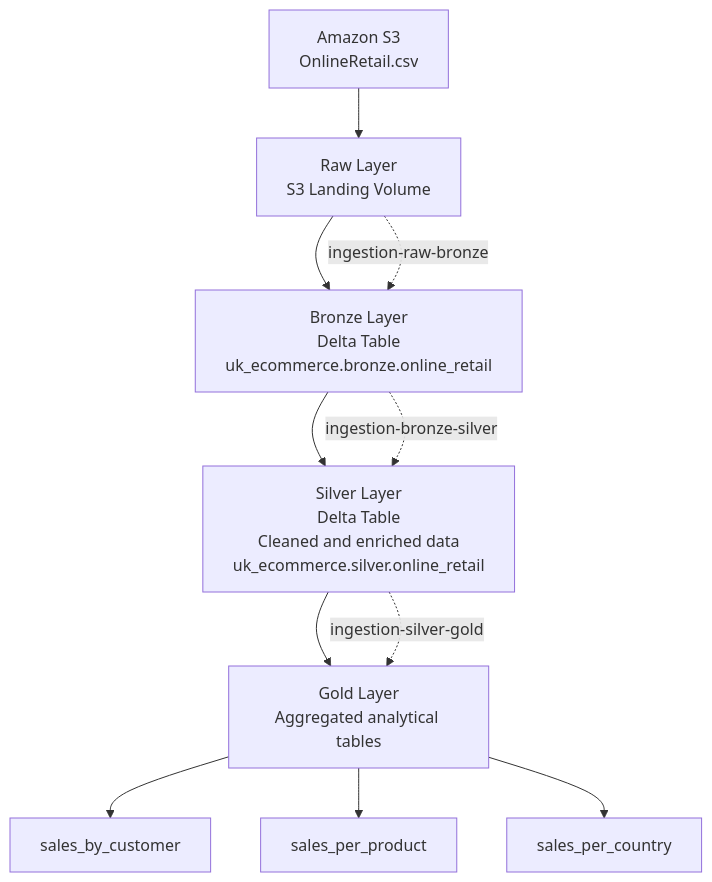
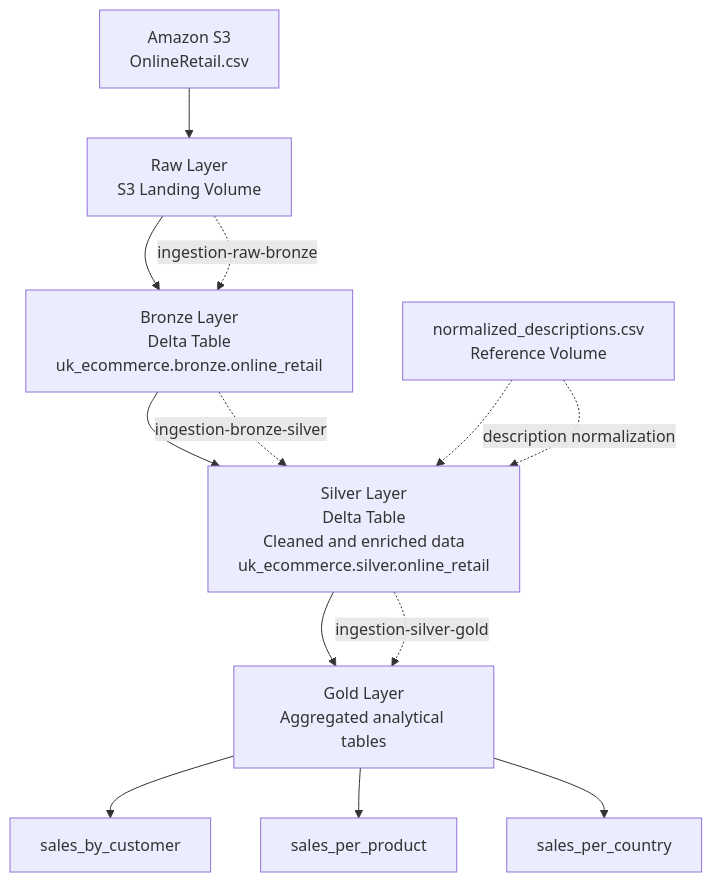
The diagram in README.md (joaohsilva416/uk-online-retail), drawn with Mermaid before and after one commit.

Commit message:
docs(readme): add normalized_descriptions.csv reference to architecture diagram

````diff
--- a/README.md
+++ b/README.md
@@ -33,18 +33,21 @@
 ```mermaid
 flowchart TD
     A["Amazon S3<br/>OnlineRetail.csv"] --> B["Raw Layer<br/>S3 Landing Volume"]
 
     B --> C["Bronze Layer<br/>Delta Table<br/>uk_ecommerce.bronze.online_retail"]
 
     C --> D["Silver Layer<br/>Delta Table<br/>Cleaned and enriched data<br/>uk_ecommerce.silver.online_retail"]
+
+    I["normalized_descriptions.csv<br/>Reference Volume"] -.-> D
 
     D --> E["Gold Layer<br/>Aggregated analytical tables"]
 
     E --> F["sales_by_customer"]
     E --> G["sales_per_product"]
     E --> H["sales_per_country"]
 
     B -. "ingestion-raw-bronze" .-> C
     C -. "ingestion-bronze-silver" .-> D
     D -. "ingestion-silver-gold" .-> E
+    I -. "description normalization" .-> D
 ```
````
